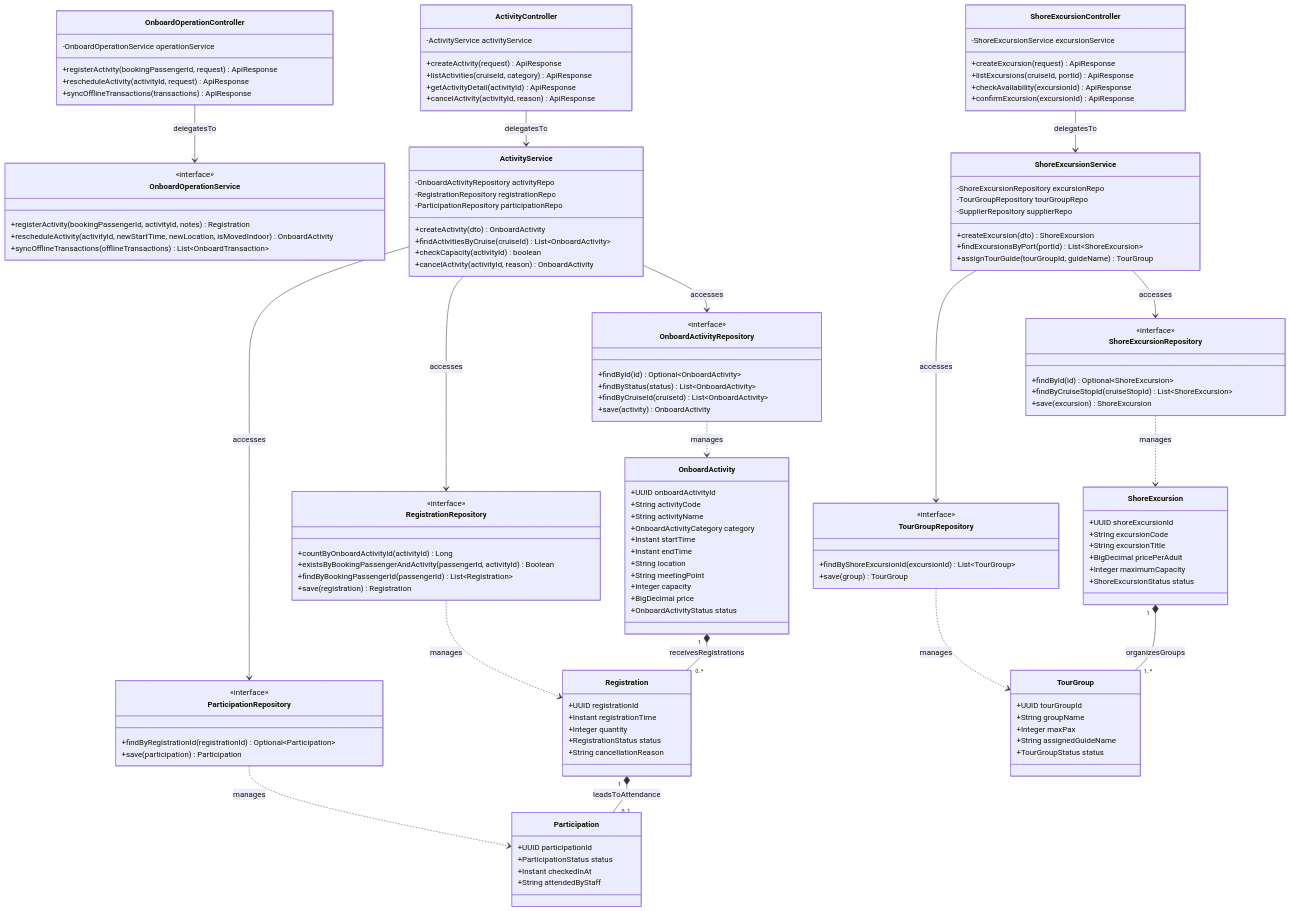
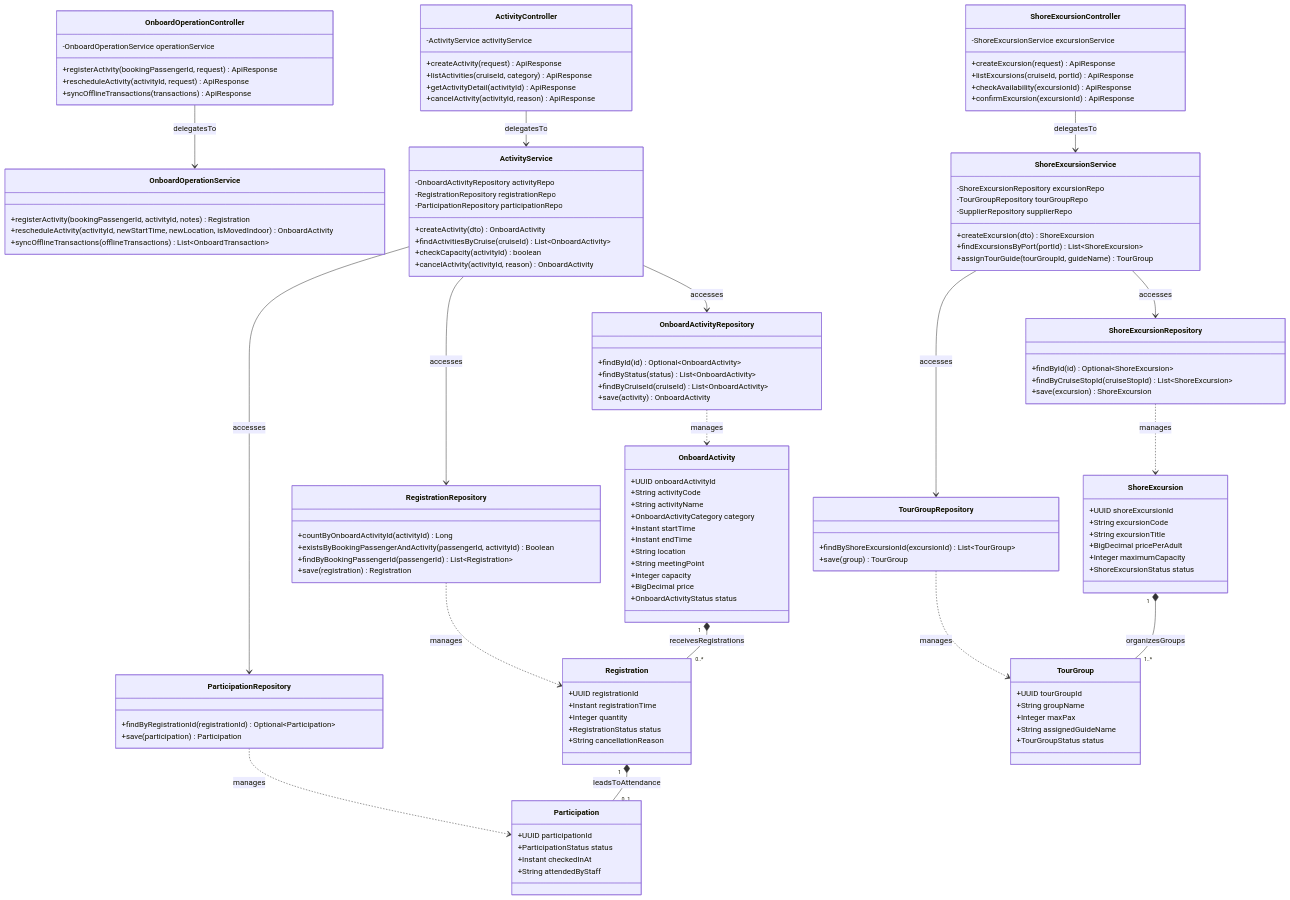
One commit to ShiroSs00/CASMS_Backend changed the diagram in docs/class-diagrams/06-activity-excursions.md. Above: the diagram before and after it, drawn with Mermaid. The commit also changed other lines of this file and 8 other files, not shown here.

```diff
--- a/docs/class-diagrams/06-activity-excursions.md
+++ b/docs/class-diagrams/06-activity-excursions.md
@@ -34,7 +34,6 @@
 
     %% 2. Service Layer
     class OnboardOperationService {
-        <<interface>>
         +registerActivity(bookingPassengerId, activityId, notes) Registration
         +rescheduleActivity(activityId, newStartTime, newLocation, isMovedIndoor) OnboardActivity
         +syncOfflineTransactions(offlineTransactions) List~OnboardTransaction~
@@ -61,7 +60,6 @@
 
     %% 3. Repository Layer
     class OnboardActivityRepository {
-        <<interface>>
         +findById(id) Optional~OnboardActivity~
         +findByStatus(status) List~OnboardActivity~
         +findByCruiseId(cruiseId) List~OnboardActivity~
@@ -69,7 +67,6 @@
     }
 
     class RegistrationRepository {
-        <<interface>>
         +countByOnboardActivityId(activityId) Long
         +existsByBookingPassengerAndActivity(passengerId, activityId) Boolean
         +findByBookingPassengerId(passengerId) List~Registration~
@@ -77,20 +74,17 @@
     }
 
     class ParticipationRepository {
-        <<interface>>
         +findByRegistrationId(registrationId) Optional~Participation~
         +save(participation) Participation
     }
 
     class ShoreExcursionRepository {
-        <<interface>>
         +findById(id) Optional~ShoreExcursion~
         +findByCruiseStopId(cruiseStopId) List~ShoreExcursion~
         +save(excursion) ShoreExcursion
     }
 
     class TourGroupRepository {
-        <<interface>>
         +findByShoreExcursionId(excursionId) List~TourGroup~
         +save(group) TourGroup
     }
```
